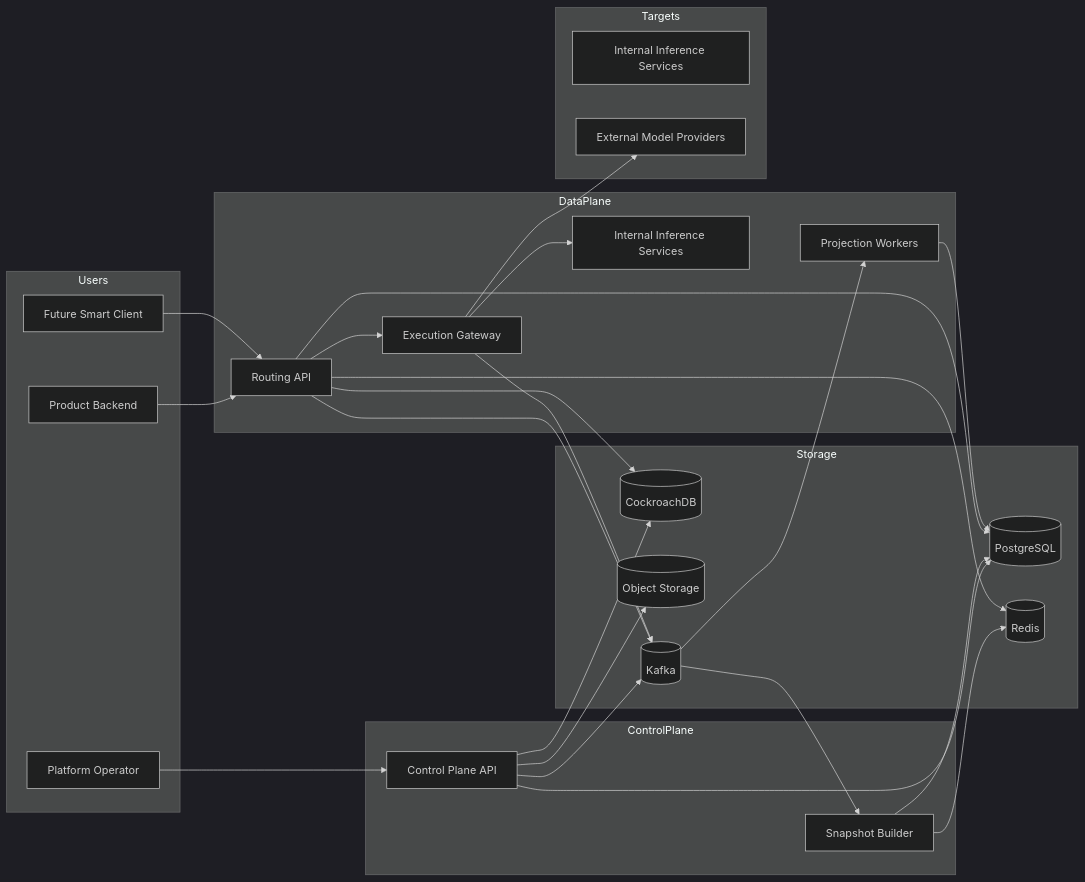
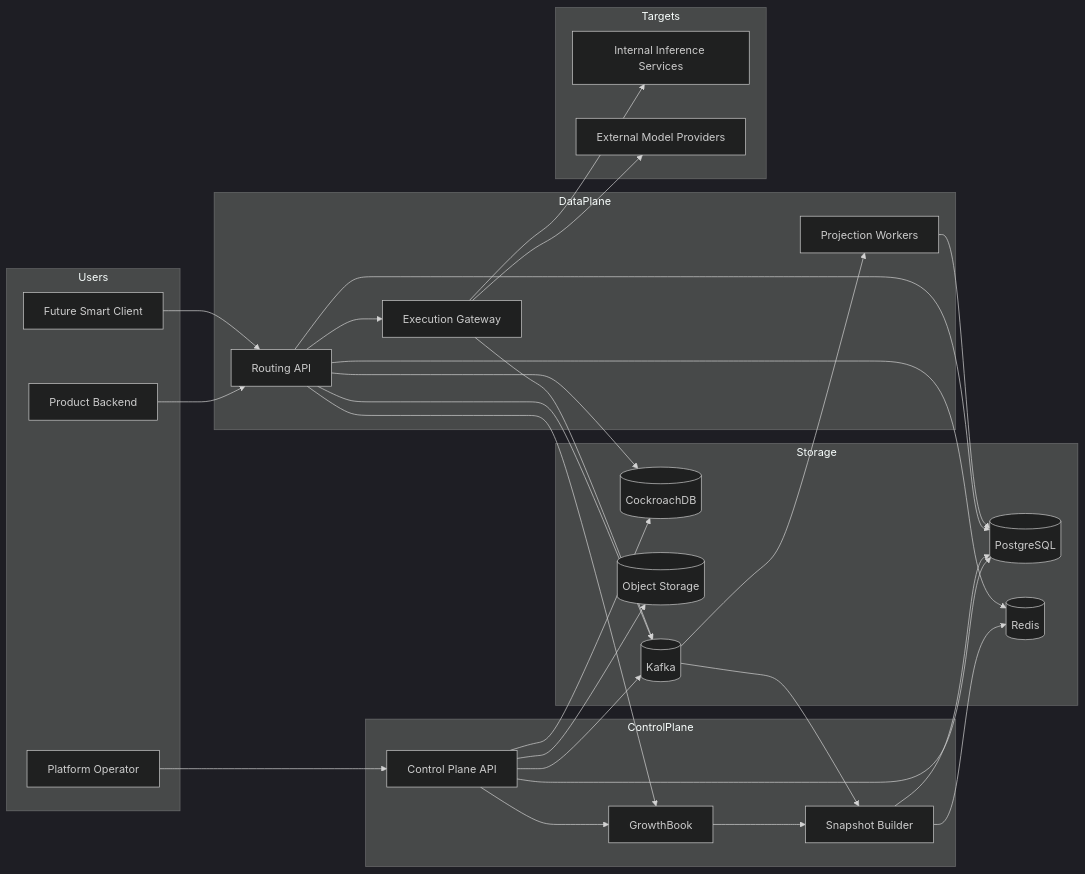
The first of 5 diagrams in README.md (brandon-benge/example-model-routing), drawn with Mermaid (dark theme) before and after one commit. The commit also changed other lines of this file and 6 other files, not shown here.

````diff
--- a/README.md
+++ b/README.md
@@ -18,55 +18,58 @@
 ```mermaid
 flowchart LR
     subgraph Users
         OP[Platform Operator]
         APP[Product Backend]
         SC[Future Smart Client]
     end
 
     subgraph ControlPlane
         CPA[Control Plane API]
+        GB[GrowthBook]
         SB[Snapshot Builder]
     end
 
     subgraph DataPlane
         RA[Routing API]
         EG[Execution Gateway]
-        IIS[Internal Inference Services]
         PW[Projection Workers]
     end
 
     subgraph Storage
         PG[(PostgreSQL)]
         CRDB[(CockroachDB)]
         OBJ[(Object Storage)]
         REDIS[(Redis)]
         KAFKA[(Kafka)]
     end
 
     subgraph Targets
         IIS2[Internal Inference Services]
         MP[External Model Providers]
     end
 
     OP --> CPA
     CPA --> PG
     CPA --> CRDB
     CPA --> OBJ
     CPA --> KAFKA
+    CPA --> GB
+    GB --> SB
     KAFKA --> SB
     SB --> PG
     SB --> REDIS
 
     APP --> RA
     SC --> RA
     RA --> REDIS
     RA --> PG
     RA --> CRDB
+    RA --> GB
     RA --> EG
     RA --> KAFKA
-    EG --> IIS
+    EG --> IIS2
     EG --> MP
     EG --> KAFKA
     KAFKA --> PW
     PW --> PG
 ```
````
